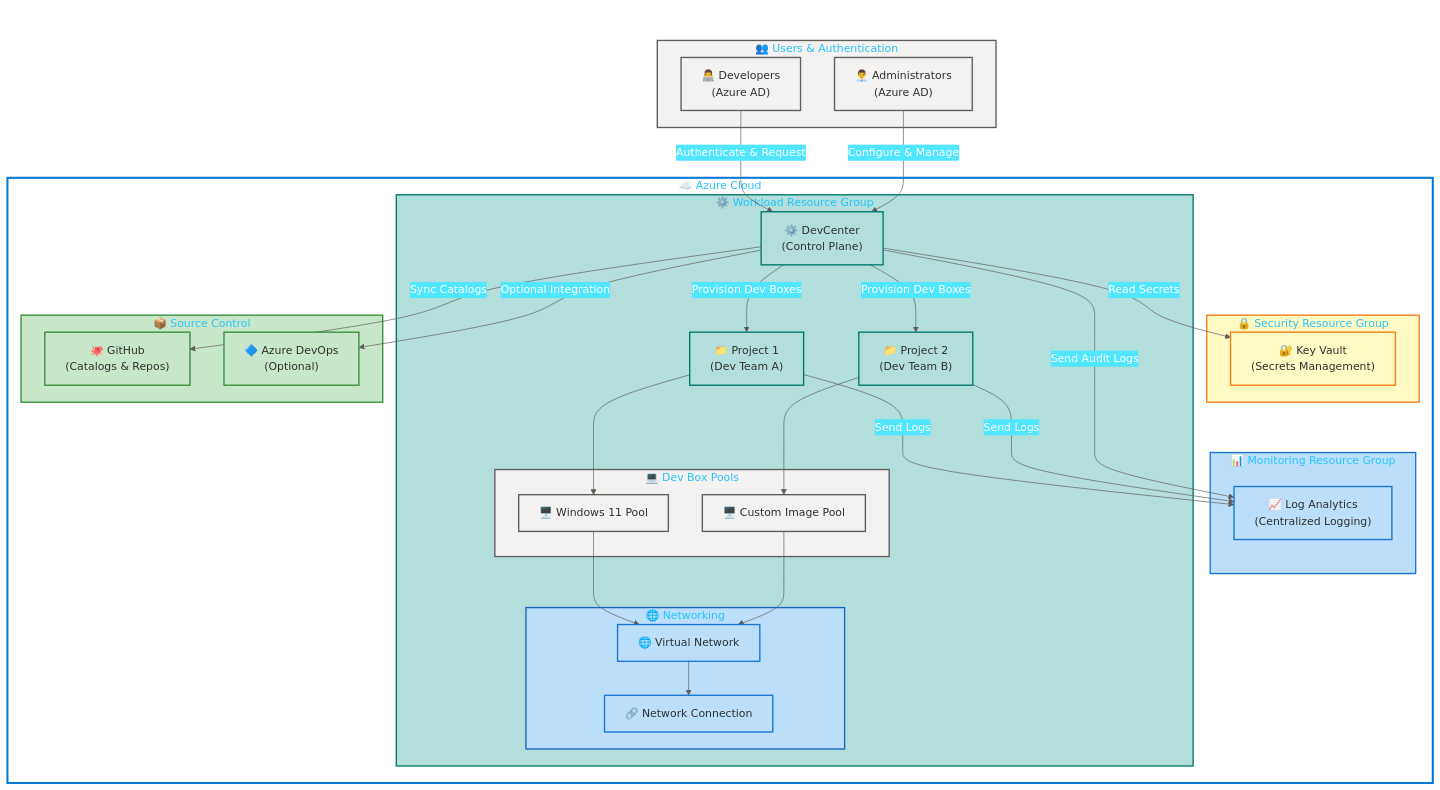
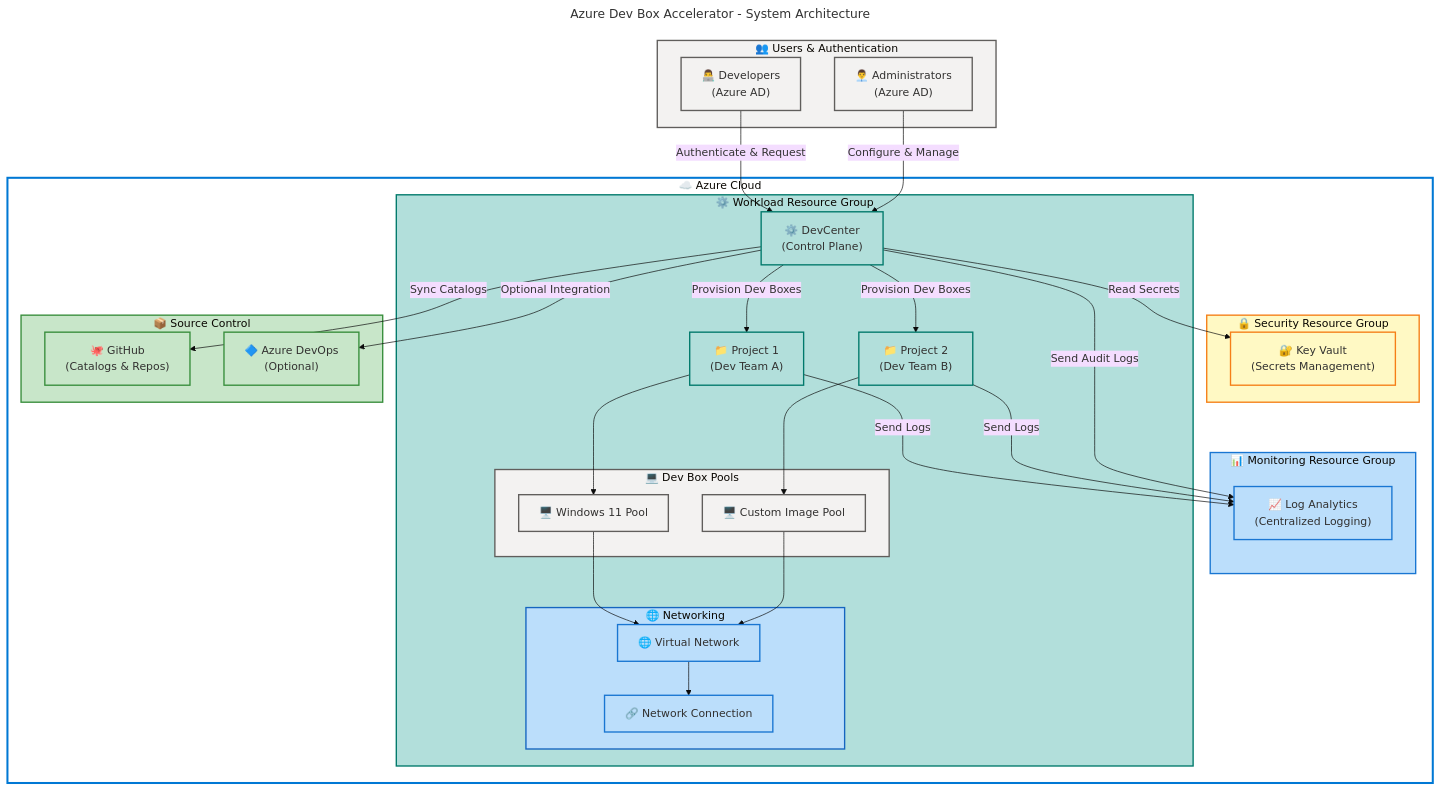
The diagram in README.md (Evilazaro/DevExp-DevBox), drawn with Mermaid before and after one commit.

Commit message:
fix: refine architecture diagram in README.md for clarity and improved documentation

```diff
--- a/README.md
+++ b/README.md
@@ -78,17 +78,10 @@
 title: "Azure Dev Box Accelerator - System Architecture"
 config:
   theme: base
-  themeVariables:
-    primaryColor: "#0078D4"
-    primaryTextColor: "#fff"
-    primaryBorderColor: "#004578"
-    lineColor: "#605E5C"
-    secondaryColor: "#50E6FF"
-    tertiaryColor: "#D83B01"
 ---
 flowchart TB
     accTitle: Azure Dev Box Accelerator System Architecture
-    accDescr: Architecture diagram showing the three-tier resource group design with Users/Authentication connecting to Azure Cloud containing Security, Monitoring, Workload resource groups, and Source Control integration. DevCenter provisions Dev Boxes from pools, reads secrets from Key Vault, syncs catalogs with GitHub/Azure DevOps, and sends logs to Log Analytics.
+    accDescr: Three-tier Azure architecture with security, monitoring, and workload resource groups. DevCenter provisions Dev Boxes, integrates with GitHub/Azure DevOps, stores secrets in Key Vault, and logs to Log Analytics.
 
     subgraph users["👥 Users & Authentication"]
         devs["👨‍💻 Developers<br/>(Azure AD)"]:::neutral
@@ -126,26 +119,38 @@
         end
     end
 
+    %% User Authentication & Access Control
     devs -->|"Authenticate & Request"| dc
     admins -->|"Configure & Manage"| dc
 
+    %% Dev Box Provisioning Flow
     dc -->|"Provision Dev Boxes"| proj1
     dc -->|"Provision Dev Boxes"| proj2
 
     proj1 --> pool1
     proj2 --> pool2
 
+    %% Network Connectivity
     pool1 --> vnet
     pool2 --> vnet
     vnet --> netconn
 
+    %% Security & Source Control Integration
     dc -->|"Read Secrets"| kv
     dc -->|"Sync Catalogs"| gh
     dc -->|"Optional Integration"| ado
 
+    %% Monitoring & Audit Logging
     proj1 -->|"Send Logs"| la
     proj2 -->|"Send Logs"| la
     dc -->|"Send Audit Logs"| la
+
+    %% Color Mapping Documentation
+    %% Yellow (#FFF9C4): Security - Key Vault, secrets management
+    %% Blue (#BBDEFB): Monitoring & Networking - Log Analytics, VNet, connections
+    %% Teal (#B2DFDB): Workload - DevCenter control plane, projects
+    %% Green (#C8E6C9): Source Control - GitHub, Azure DevOps catalogs
+    %% Neutral (#F3F2F1): Non-semantic - User groups, Dev Box pools
 
     %% Subgraph Styling (MRM-S001 compliant)
     style users fill:#F3F2F1,stroke:#605E5C,stroke-width:2px
```
